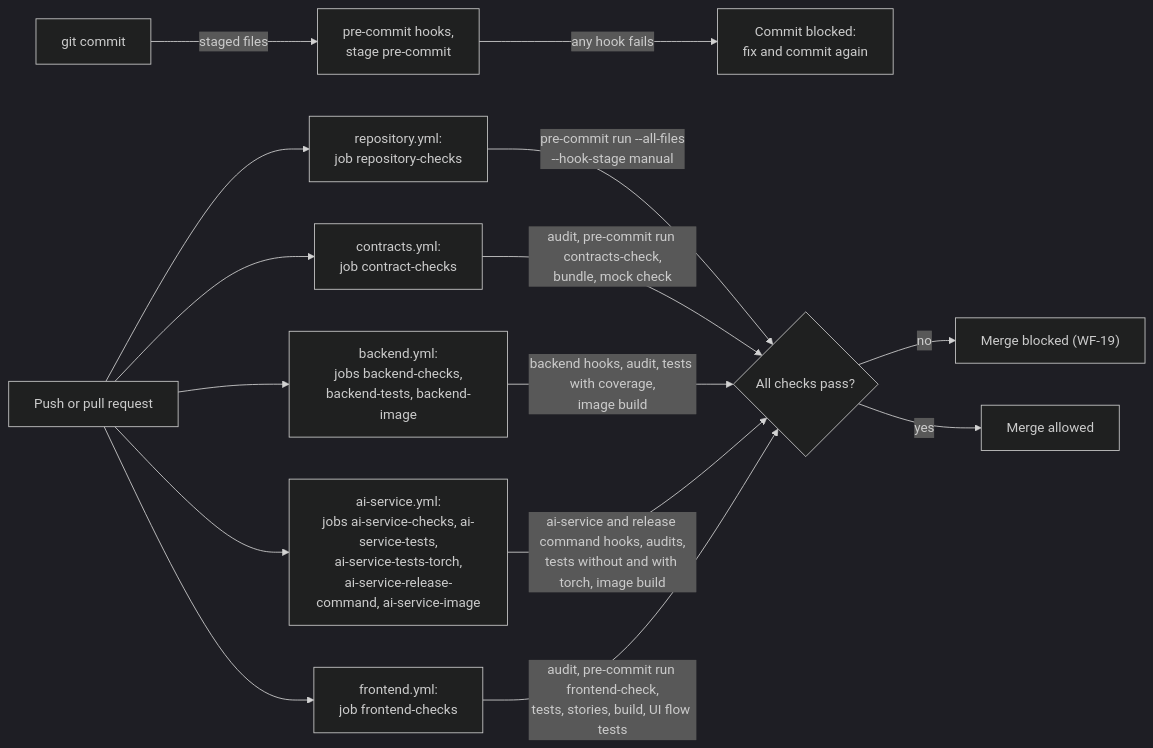
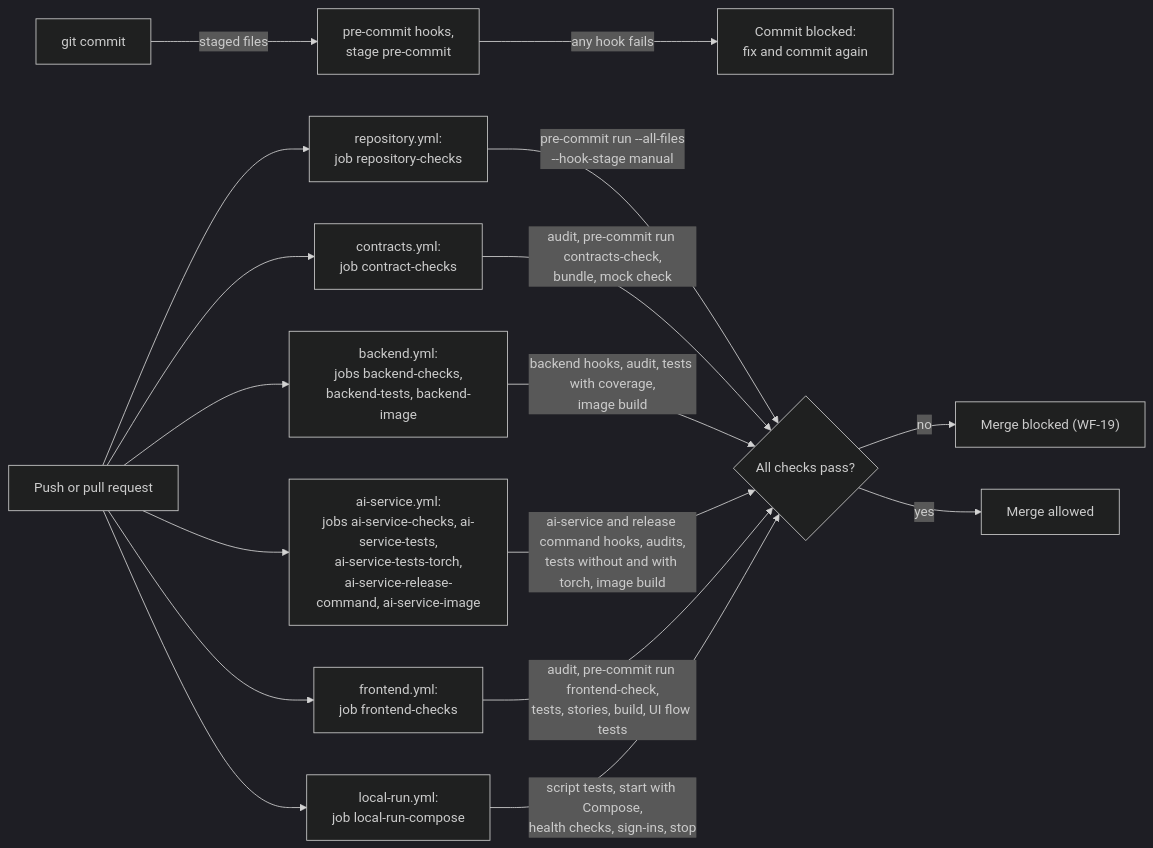
One commit to ml-system-design-nhom-5/SupportIQ changed the first of 2 diagrams in docs/guides/repository-checks.md. Above: the diagram before and after it, drawn with Mermaid (dark theme). The commit also changed other lines of this file and 26 other files, not shown here.

````diff
--- a/docs/guides/repository-checks.md
+++ b/docs/guides/repository-checks.md
@@ -11,17 +11,19 @@
 ```mermaid
 flowchart LR
     Commit["git commit"] -->|"staged files"| Hooks["pre-commit hooks,<br/>stage pre-commit"]
     Hooks -->|"any hook fails"| Blocked["Commit blocked:<br/>fix and commit again"]
     Push["Push or pull request"] --> Repo["repository.yml:<br/>job repository-checks"]
     Push --> Con["contracts.yml:<br/>job contract-checks"]
     Push --> Be["backend.yml:<br/>jobs backend-checks,<br/>backend-tests, backend-image"]
     Push --> Ai["ai-service.yml:<br/>jobs ai-service-checks, ai-service-tests,<br/>ai-service-tests-torch,<br/>ai-service-release-command, ai-service-image"]
     Push --> Fe["frontend.yml:<br/>job frontend-checks"]
+    Push --> Lr["local-run.yml:<br/>job local-run-compose"]
     Repo -->|"pre-commit run --all-files<br/>--hook-stage manual"| Result{"All checks pass?"}
     Con -->|"audit, pre-commit run contracts-check,<br/>bundle, mock check"| Result
     Be -->|"backend hooks, audit, tests with coverage,<br/>image build"| Result
     Ai -->|"ai-service and release command hooks, audits,<br/>tests without and with torch, image build"| Result
     Fe -->|"audit, pre-commit run frontend-check,<br/>tests, stories, build, UI flow tests"| Result
+    Lr -->|"script tests, start with Compose,<br/>health checks, sign-ins, stop"| Result
     Result -->|"no"| Red["Merge blocked (WF-19)"]
     Result -->|"yes"| Green["Merge allowed"]
 ```
````
